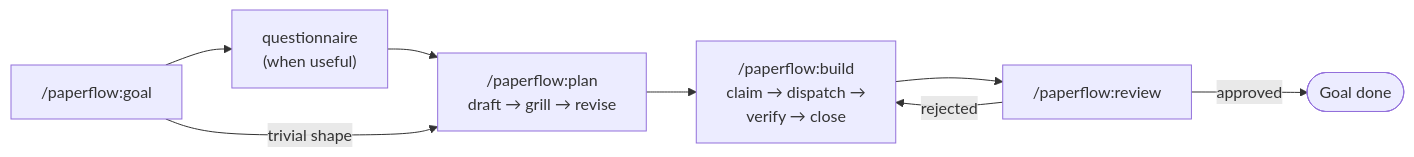
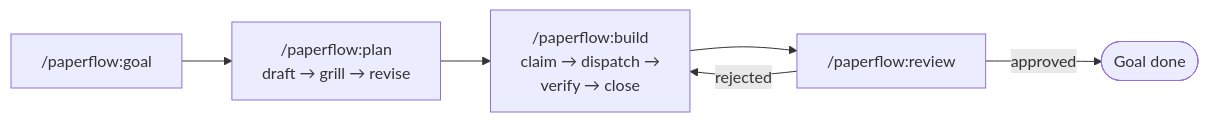
Before and after one commit to FRIKKern/paperflow: the first of 3 diagrams in README.md, drawn with Mermaid. The commit also changed other lines of this file, not shown here.

First line of the commit message:
docs(readme): premium-ify — top badges, TOC, lead with Why, architecture diagram (paperflow-zas)

````diff
--- a/README.md
+++ b/README.md
@@ -79,14 +26,12 @@
 ```mermaid
 flowchart LR
     G["/paperflow:goal"]
-    Q["questionnaire<br/>(when useful)"]
     P["/paperflow:plan<br/>draft → grill → revise"]
     B["/paperflow:build<br/>claim → dispatch →<br/>verify → close"]
     R["/paperflow:review"]
     Done(["Goal done"])
 
-    G --> Q --> P --> B --> R
-    G -->|"trivial shape"| P
+    G --> P --> B --> R
     R -->|"approved"| Done
     R -->|"rejected"| B
 ```
````
